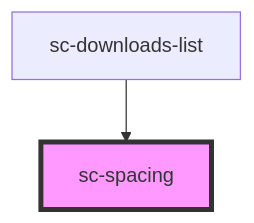
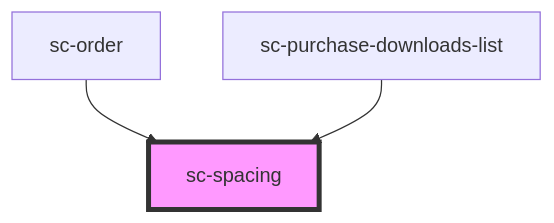
Before and after one commit to surecart/surecart-wp-plugin: the diagram in packages/components/src/components/ui/spacing/readme.md, drawn with Mermaid. The commit also changed other lines of this file and 68 other files, not shown here.

````diff
--- a/packages/components/src/components/ui/spacing/readme.md
+++ b/packages/components/src/components/ui/spacing/readme.md
@@ -15,5 +16,6 @@
 ```mermaid
 graph TD;
-  sc-downloads-list --> sc-spacing
+  sc-order --> sc-spacing
+  sc-purchase-downloads-list --> sc-spacing
   style sc-spacing fill:#f9f,stroke:#333,stroke-width:4px
 ```
````
